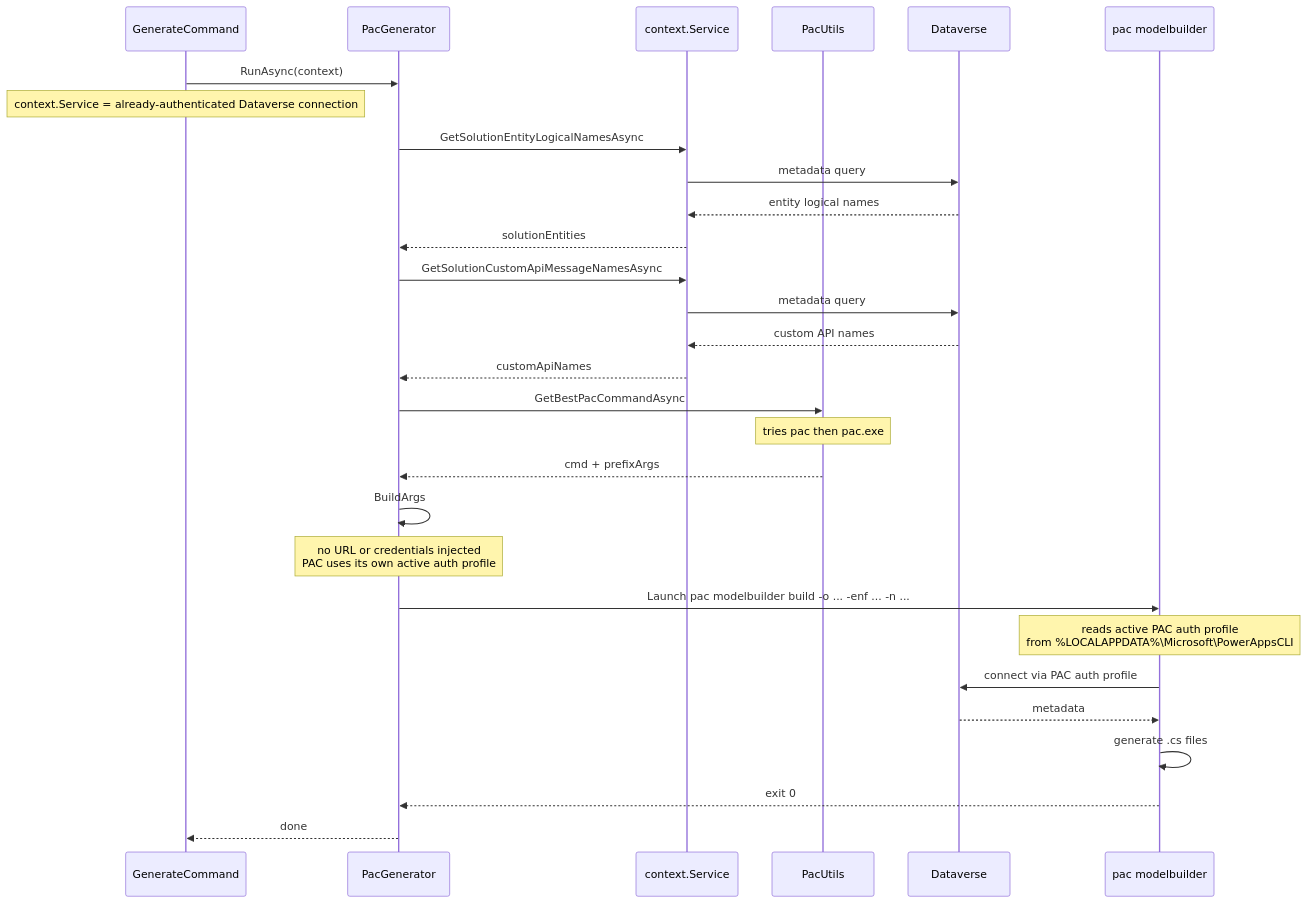
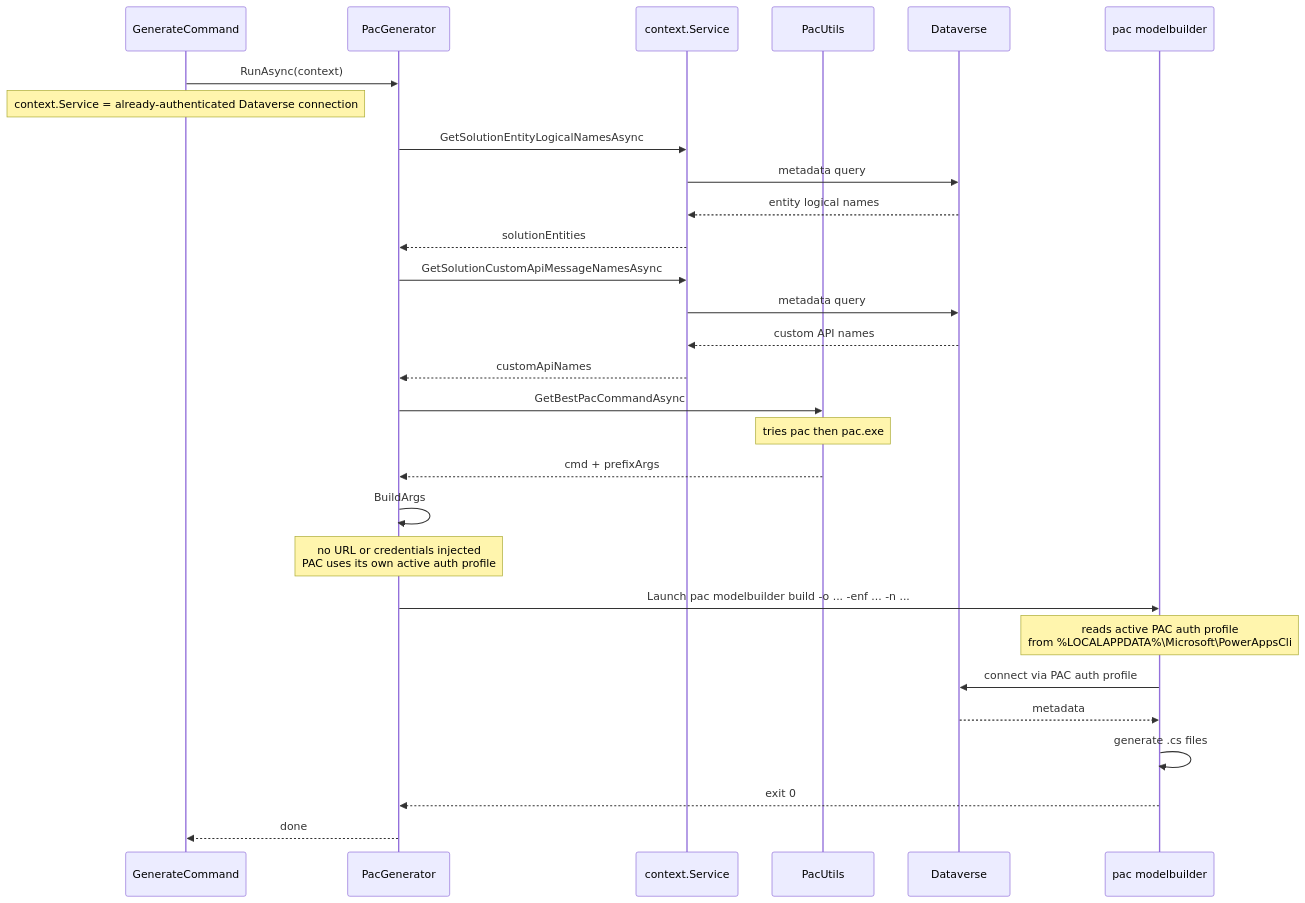
The first of 2 diagrams in src/Flowline/Generators/auth-flow-pac.md (RemyDuijkeren/Flowline), drawn with Mermaid before and after one commit. The commit also changed 5 other files, not shown here.

First line of the commit message:
fix(pac): read PAC's auth profiles on Linux and macOS

````diff
--- a/src/Flowline/Generators/auth-flow-pac.md
+++ b/src/Flowline/Generators/auth-flow-pac.md
@@ -3,37 +3,37 @@
 ```mermaid
 sequenceDiagram
     participant GC as GenerateCommand
     participant PG as PacGenerator
     participant SVC as context.Service
     participant PU as PacUtils
     participant DV as Dataverse
     participant PAC as pac modelbuilder
 
     GC->>PG: RunAsync(context)
     Note over GC: context.Service = already-authenticated Dataverse connection
 
     PG->>SVC: GetSolutionEntityLogicalNamesAsync
     SVC->>DV: metadata query
     DV-->>SVC: entity logical names
     SVC-->>PG: solutionEntities
 
     PG->>SVC: GetSolutionCustomApiMessageNamesAsync
     SVC->>DV: metadata query
     DV-->>SVC: custom API names
     SVC-->>PG: customApiNames
 
     PG->>PU: GetBestPacCommandAsync
     Note over PU: tries pac then pac.exe
     PU-->>PG: cmd + prefixArgs
 
     PG->>PG: BuildArgs
     Note over PG: no URL or credentials injected<br/>PAC uses its own active auth profile
 
     PG->>PAC: Launch pac modelbuilder build -o ... -enf ... -n ...
-    Note over PAC: reads active PAC auth profile<br/>from %LOCALAPPDATA%\Microsoft\PowerAppsCLI
+    Note over PAC: reads active PAC auth profile<br/>from %LOCALAPPDATA%\Microsoft\PowerAppsCli
     PAC->>DV: connect via PAC auth profile
     DV-->>PAC: metadata
     PAC->>PAC: generate .cs files
     PAC-->>PG: exit 0
     PG-->>GC: done
 ```
````
